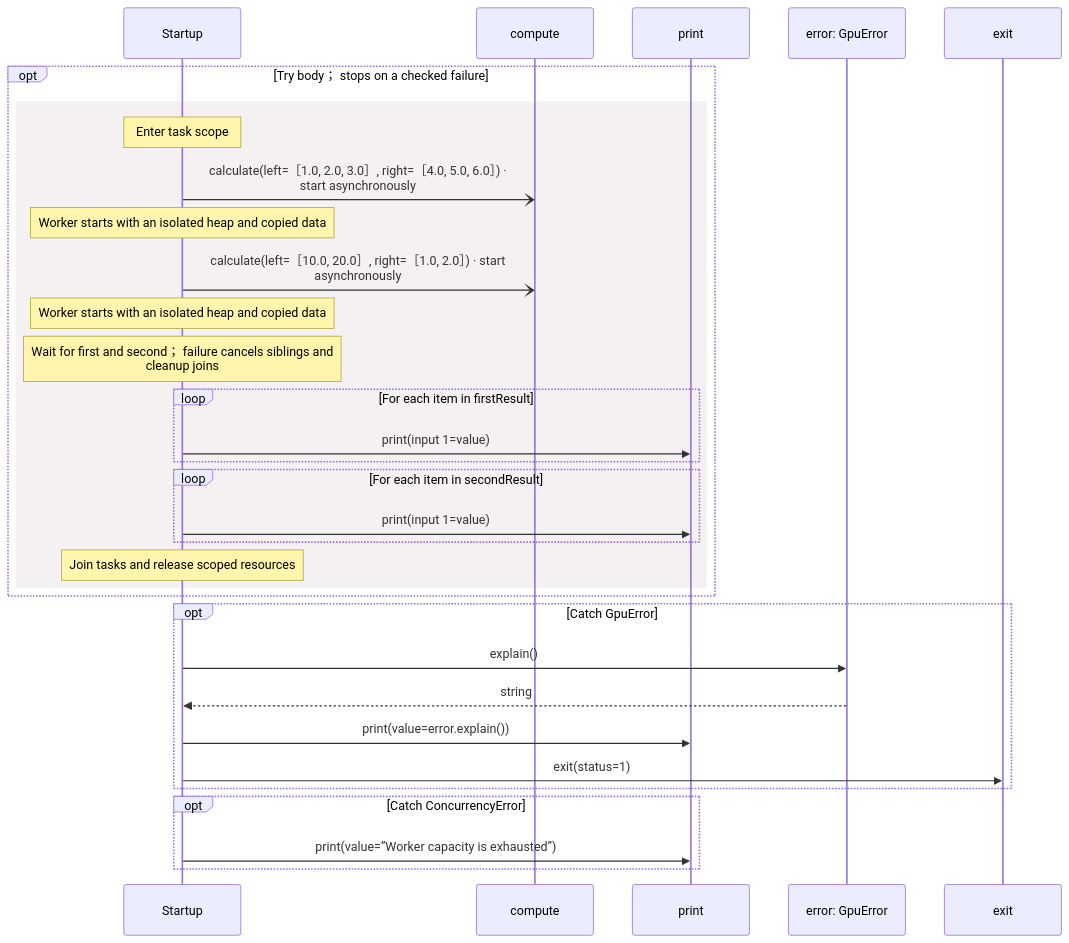
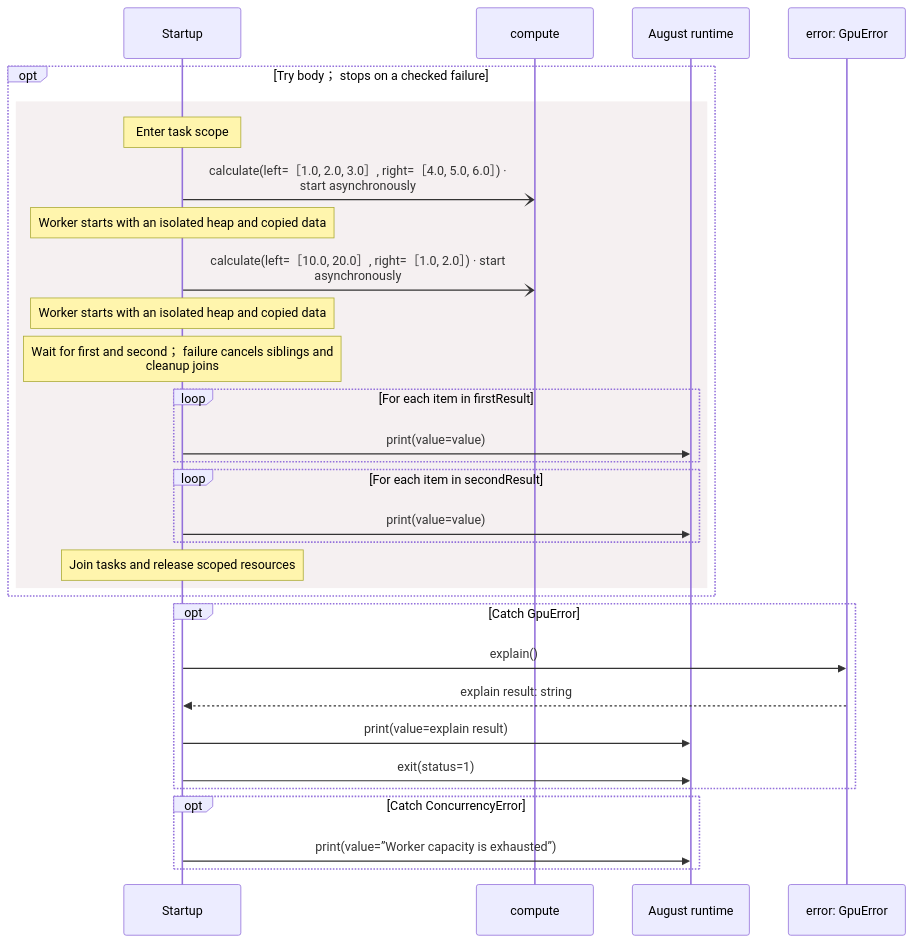
One commit to GreenPandaStudios/augscript changed the second of 2 diagrams in docs/examples/native-gpu/main-diagrams.md. Above: the diagram before and after it, drawn with Mermaid. The commit also changed other lines of this file and 304 other files, not shown here.

Commit message:
Make generated data-flow sequences concise and review every diagram

````diff
--- a/docs/examples/native-gpu/main-diagrams.md
+++ b/docs/examples/native-gpu/main-diagrams.md
@@ -49,34 +36,33 @@
 ```mermaid
 sequenceDiagram
     participant p0 as Startup
     participant p1 as compute
-    participant p2 as print
+    participant p2 as August runtime
     participant p3 as error: GpuError
-    participant p4 as exit
     opt Try body； stops on a checked failure
     rect rgb(245, 240, 241)
     Note over p0: Enter task scope
     p0-)p1: calculate(left=［1.0, 2.0, 3.0］, right=［4.0, 5.0, 6.0］) ·<br/>start asynchronously
     Note over p0: Worker starts with an isolated heap and copied data
     p0-)p1: calculate(left=［10.0, 20.0］, right=［1.0, 2.0］) · start<br/>asynchronously
     Note over p0: Worker starts with an isolated heap and copied data
     Note over p0: Wait for first and second； failure cancels siblings and<br/>cleanup joins
     loop For each item in firstResult
-    p0->>p2: print(input 1=value)
+    p0->>p2: print(value=value)
     end
     loop For each item in secondResult
-    p0->>p2: print(input 1=value)
+    p0->>p2: print(value=value)
     end
     Note over p0: Join tasks and release scoped resources
     end
     end
     opt Catch GpuError
     p0->>p3: explain()
-    p3-->>p0: string
-    p0->>p2: print(value=error.explain())
-    p0->>p4: exit(status=1)
+    p3-->>p0: explain result: string
+    p0->>p2: print(value=explain result)
+    p0->>p2: exit(status=1)
     end
     opt Catch ConcurrencyError
     p0->>p2: print(value=”Worker capacity is exhausted”)
     end
 ```
````
